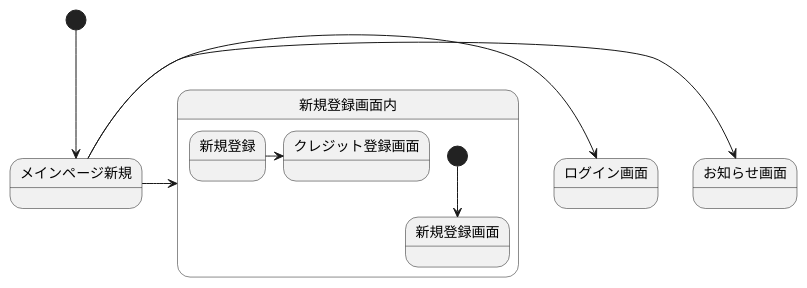
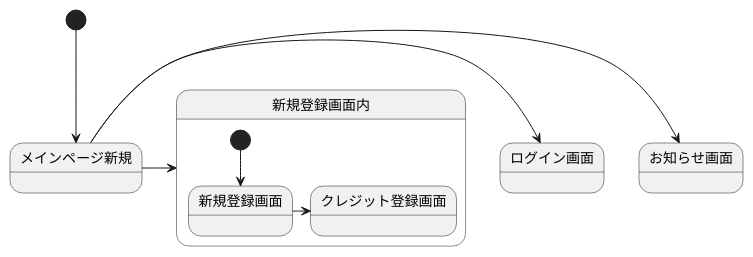
The diagram in 画面遷移図.md (Aso2001147/2021SystemDesign), drawn with PlantUML before and after one commit.

````diff
--- a/画面遷移図.md
+++ b/画面遷移図.md
@@ -1,16 +1,16 @@
 ```uml
 @startuml
 [*] --> メインページ新規
 メインページ新規 -> お知らせ画面
 メインページ新規 -> ログイン画面
 メインページ新規 -> 新規登録画面内
 
 state 新規登録画面内{
 [*] --> 新規登録画面
-新規登録 -> クレジット登録画面
+新規登録画面 -> クレジット登録画面
 }
 
 
 
 @enduml
 ```
````
